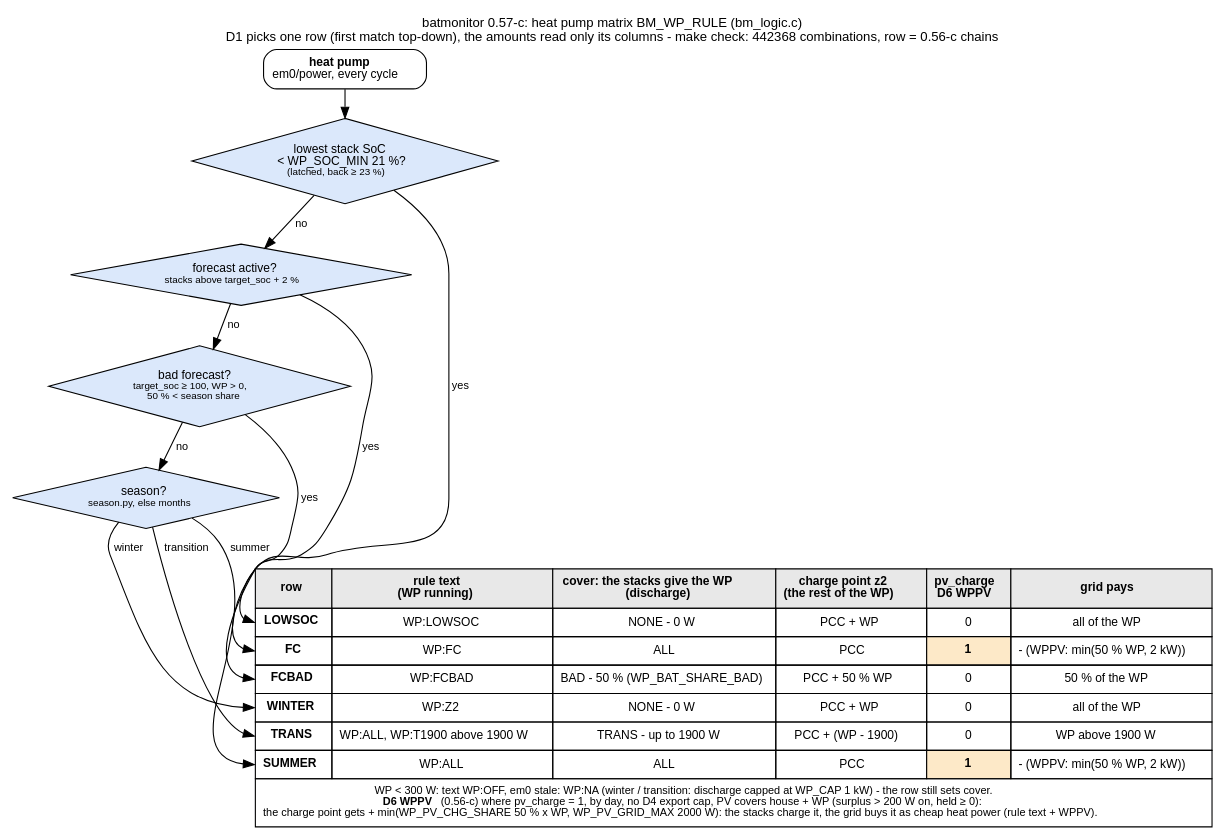
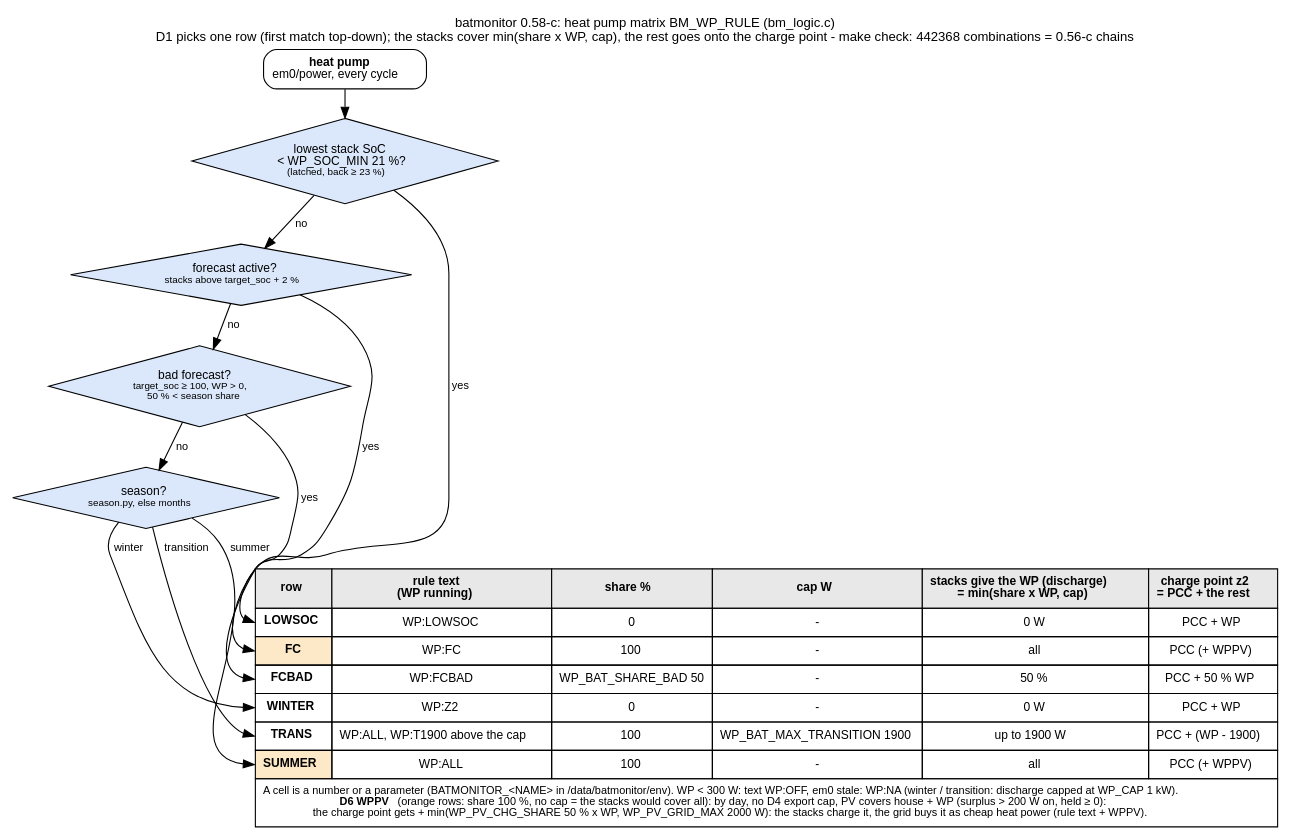
Before and after one commit to gerontec/victron: the diagram in docs/wp_matrix.dot, drawn with Graphviz. The commit also changed 18 other files, not shown here.

```diff
--- a/docs/wp_matrix.dot
+++ b/docs/wp_matrix.dot
@@ -1,39 +1,39 @@
-// batmonitor 0.57-c: heat pump matrix BM_WP_RULE - who pays the heat pump (one row per 5 s cycle, first match).
+// batmonitor 0.58-c: heat pump matrix BM_WP_RULE - who pays the heat pump (one row per 5 s cycle, first match).
 // render: dot -Tpdf wp_matrix.dot -o wp_matrix.pdf   (or -Tpng)
 digraph wp {
 	graph [rankdir=TB, fontname="Helvetica", fontsize=12, nodesep=0.3, ranksep=0.35, labelloc=t,
-		   label="batmonitor 0.57-c: heat pump matrix BM_WP_RULE (bm_logic.c)\nD1 picks one row (first match top-down), the amounts read only its columns - make check: 442368 combinations, row = 0.56-c chains"];
+		   label="batmonitor 0.58-c: heat pump matrix BM_WP_RULE (bm_logic.c)\nD1 picks one row (first match top-down); the stacks cover min(share x WP, cap), the rest goes onto the charge point - make check: 442368 combinations = 0.56-c chains"];
 	node [shape=box, style="rounded,filled", fontname="Helvetica", fontsize=11, fillcolor="#dbe8fb"];
 	edge [fontname="Helvetica", fontsize=10];
 
 	start [label=<<b>heat pump</b><br/>em0/power, every cycle>, fillcolor="#ffffff"];
 	q1 [label=<lowest stack SoC<br/>&lt; WP_SOC_MIN 21 %?<br/><font point-size="9">(latched, back &ge; 23 %)</font>>, shape=diamond, style=filled];
 	q2 [label=<forecast active?<br/><font point-size="9">stacks above target_soc + 2 %</font>>, shape=diamond, style=filled];
 	q3 [label=<bad forecast?<br/><font point-size="9">target_soc &ge; 100, WP &gt; 0,<br/>50 % &lt; season share</font>>, shape=diamond, style=filled];
 	q4 [label=<season?<br/><font point-size="9">season.py, else months</font>>, shape=diamond, style=filled];
 
 	matrix [shape=plain, label=<
 		<table border="0" cellborder="1" cellspacing="0" cellpadding="6" bgcolor="#ffffff">
-		<tr><td bgcolor="#e8e8e8"><b>row</b></td><td bgcolor="#e8e8e8"><b>rule text<br/>(WP running)</b></td><td bgcolor="#e8e8e8"><b>cover: the stacks give the WP<br/>(discharge)</b></td><td bgcolor="#e8e8e8"><b>charge point z2<br/>(the rest of the WP)</b></td><td bgcolor="#e8e8e8"><b>pv_charge<br/>D6 WPPV</b></td><td bgcolor="#e8e8e8"><b>grid pays</b></td></tr>
-		<tr><td port="lowsoc"><b>LOWSOC</b></td><td>WP:LOWSOC</td><td>NONE - 0 W</td><td>PCC + WP</td><td>0</td><td>all of the WP</td></tr>
-		<tr><td port="fc"><b>FC</b></td><td>WP:FC</td><td>ALL</td><td>PCC</td><td bgcolor="#fde9c8"><b>1</b></td><td>- (WPPV: min(50 % WP, 2 kW))</td></tr>
-		<tr><td port="fcbad"><b>FCBAD</b></td><td>WP:FCBAD</td><td>BAD - 50 % (WP_BAT_SHARE_BAD)</td><td>PCC + 50 % WP</td><td>0</td><td>50 % of the WP</td></tr>
-		<tr><td port="winter"><b>WINTER</b></td><td>WP:Z2</td><td>NONE - 0 W</td><td>PCC + WP</td><td>0</td><td>all of the WP</td></tr>
-		<tr><td port="trans"><b>TRANS</b></td><td>WP:ALL, WP:T1900 above 1900 W</td><td>TRANS - up to 1900 W</td><td>PCC + (WP - 1900)</td><td>0</td><td>WP above 1900 W</td></tr>
-		<tr><td port="summer"><b>SUMMER</b></td><td>WP:ALL</td><td>ALL</td><td>PCC</td><td bgcolor="#fde9c8"><b>1</b></td><td>- (WPPV: min(50 % WP, 2 kW))</td></tr>
-		<tr><td colspan="6" align="left"><font point-size="10">WP &lt; 300 W: text WP:OFF, em0 stale: WP:NA (winter / transition: discharge capped at WP_CAP 1 kW) - the row still sets cover.<br/>
-		<b>D6 WPPV</b> (0.56-c) where pv_charge = 1, by day, no D4 export cap, PV covers house + WP (surplus &gt; 200 W on, held &ge; 0):<br/>
+		<tr><td bgcolor="#e8e8e8"><b>row</b></td><td bgcolor="#e8e8e8"><b>rule text<br/>(WP running)</b></td><td bgcolor="#e8e8e8"><b>share %</b></td><td bgcolor="#e8e8e8"><b>cap W</b></td><td bgcolor="#e8e8e8"><b>stacks give the WP (discharge)<br/>= min(share x WP, cap)</b></td><td bgcolor="#e8e8e8"><b>charge point z2<br/>= PCC + the rest</b></td></tr>
+		<tr><td port="lowsoc"><b>LOWSOC</b></td><td>WP:LOWSOC</td><td>0</td><td>-</td><td>0 W</td><td>PCC + WP</td></tr>
+		<tr><td port="fc" bgcolor="#fde9c8"><b>FC</b></td><td>WP:FC</td><td>100</td><td>-</td><td>all</td><td>PCC (+ WPPV)</td></tr>
+		<tr><td port="fcbad"><b>FCBAD</b></td><td>WP:FCBAD</td><td>WP_BAT_SHARE_BAD 50</td><td>-</td><td>50 %</td><td>PCC + 50 % WP</td></tr>
+		<tr><td port="winter"><b>WINTER</b></td><td>WP:Z2</td><td>0</td><td>-</td><td>0 W</td><td>PCC + WP</td></tr>
+		<tr><td port="trans"><b>TRANS</b></td><td>WP:ALL, WP:T1900 above the cap</td><td>100</td><td>WP_BAT_MAX_TRANSITION 1900</td><td>up to 1900 W</td><td>PCC + (WP - 1900)</td></tr>
+		<tr><td port="summer" bgcolor="#fde9c8"><b>SUMMER</b></td><td>WP:ALL</td><td>100</td><td>-</td><td>all</td><td>PCC (+ WPPV)</td></tr>
+		<tr><td colspan="6" align="left"><font point-size="10">A cell is a number or a parameter (BATMONITOR_&lt;NAME&gt; in /data/batmonitor/env). WP &lt; 300 W: text WP:OFF, em0 stale: WP:NA (winter / transition: discharge capped at WP_CAP 1 kW).<br/>
+		<b>D6 WPPV</b> (orange rows: share 100 %, no cap = the stacks would cover all): by day, no D4 export cap, PV covers house + WP (surplus &gt; 200 W on, held &ge; 0):<br/>
 		the charge point gets + min(WP_PV_CHG_SHARE 50 % x WP, WP_PV_GRID_MAX 2000 W): the stacks charge it, the grid buys it as cheap heat power (rule text + WPPV).</font></td></tr>
 		</table>>];
 
 	start -> q1;
 	q1 -> matrix:lowsoc [label=" yes"];
 	q1 -> q2 [label=" no"];
 	q2 -> matrix:fc [label=" yes"];
 	q2 -> q3 [label=" no"];
 	q3 -> matrix:fcbad [label=" yes"];
 	q3 -> q4 [label=" no"];
 	q4 -> matrix:winter [label=" winter"];
 	q4 -> matrix:trans [label=" transition"];
 	q4 -> matrix:summer [label=" summer"];
 }
```
